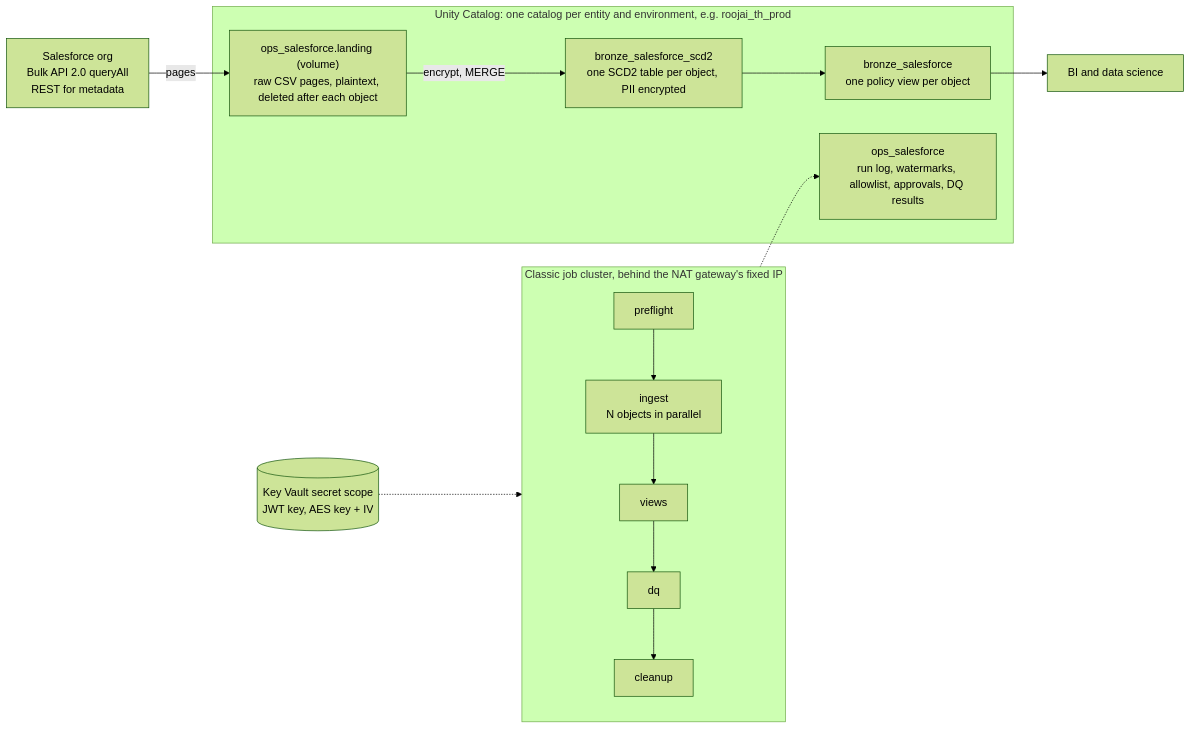
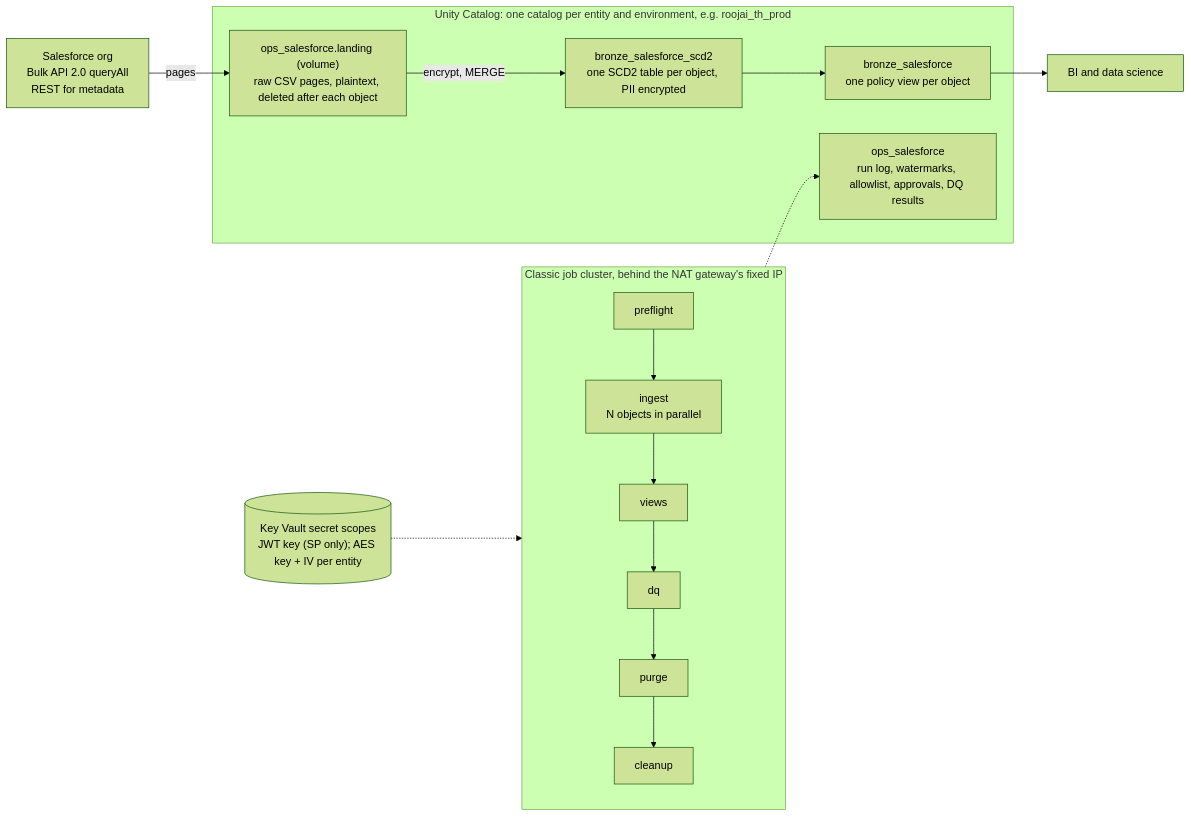
One commit to Romainp26/salesforce_dab changed the diagram in salesforce_dab_opus5.5-master/docs/architecture.md. Above: the diagram before and after it, drawn with Mermaid (forest theme). The commit also changed other lines of this file and 41 other files, not shown here.

````diff
--- a/salesforce_dab_opus5.5-master/docs/architecture.md
+++ b/salesforce_dab_opus5.5-master/docs/architecture.md
@@ -7,17 +7,17 @@
 ```mermaid
 flowchart LR
   SF["Salesforce org<br/>Bulk API 2.0 queryAll<br/>REST for metadata"]
   subgraph JC["Classic job cluster, behind the NAT gateway's fixed IP"]
-    PF[preflight] --> IN["ingest<br/>N objects in parallel"] --> VW[views] --> DQ[dq] --> CL[cleanup]
+    PF[preflight] --> IN["ingest<br/>N objects in parallel"] --> VW[views] --> DQ[dq] --> PG[purge] --> CL[cleanup]
   end
   subgraph UC["Unity Catalog: one catalog per entity and environment, e.g. roojai_th_prod"]
     LV["ops_salesforce.landing (volume)<br/>raw CSV pages, plaintext, deleted after each object"]
     SCD["bronze_salesforce_scd2<br/>one SCD2 table per object, PII encrypted"]
     V["bronze_salesforce<br/>one policy view per object"]
     OPS["ops_salesforce<br/>run log, watermarks, allowlist, approvals, DQ results"]
   end
-  KV[("Key Vault secret scope<br/>JWT key, AES key + IV")]
+  KV[("Key Vault secret scopes<br/>JWT key (SP only); AES key + IV per entity")]
   SF -- pages --> LV -- "encrypt, MERGE" --> SCD --> V --> BI["BI and data science"]
   KV -.-> JC
   JC -.-> OPS
 ```
````
